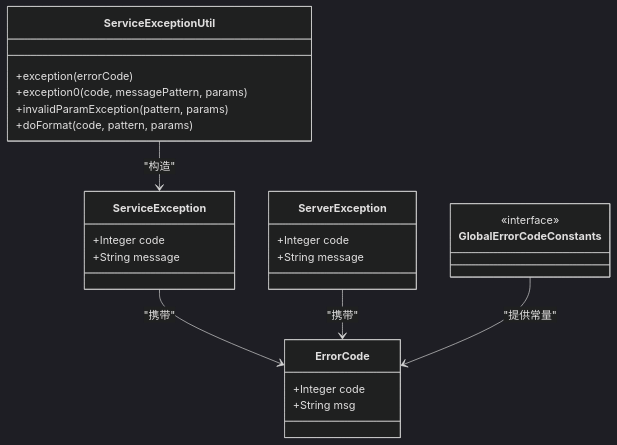
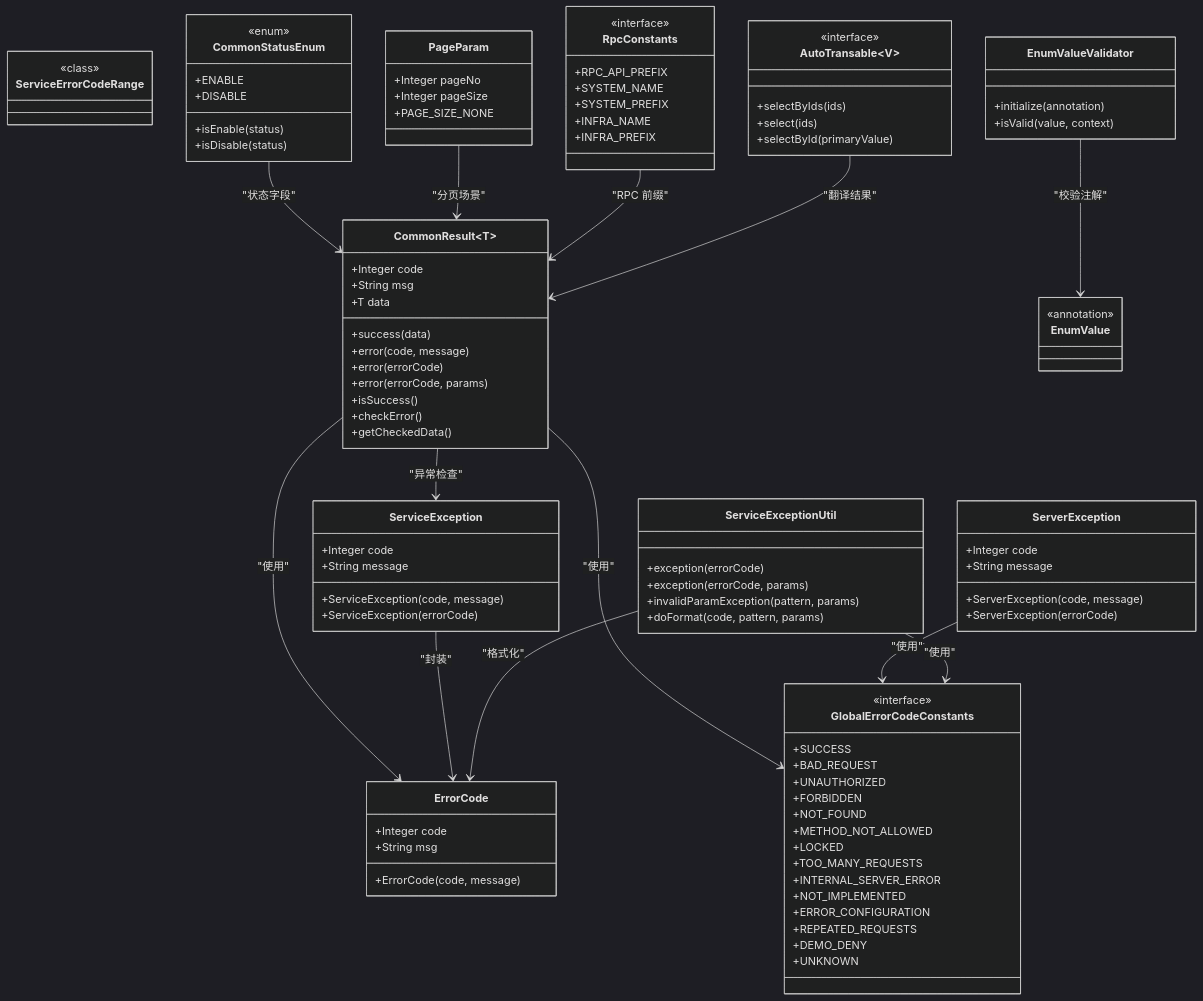
Before and after one commit to guanglei93/pandora-cloud: the second of 5 diagrams in .qoder/repowiki/zh/content/核心模块/核心模块.md, drawn with Mermaid (dark theme). The commit also changed other lines of this file and 110 other files, not shown here.

````diff
--- a/.qoder/repowiki/zh/content/核心模块/核心模块.md
+++ b/.qoder/repowiki/zh/content/核心模块/核心模块.md
@@ -174,26 +126,101 @@
 class ErrorCode {
 +Integer code
 +String msg
++ErrorCode(code, message)
 }
 class GlobalErrorCodeConstants {
 <<interface>>
++SUCCESS
++BAD_REQUEST
++UNAUTHORIZED
++FORBIDDEN
++NOT_FOUND
++METHOD_NOT_ALLOWED
++LOCKED
++TOO_MANY_REQUESTS
++INTERNAL_SERVER_ERROR
++NOT_IMPLEMENTED
++ERROR_CONFIGURATION
++REPEATED_REQUESTS
++DEMO_DENY
++UNKNOWN
+}
+class ServiceErrorCodeRange {
+<<class>>
 }
 class ServiceException {
 +Integer code
 +String message
++ServiceException(code, message)
++ServiceException(errorCode)
 }
 class ServerException {
 +Integer code
 +String message
++ServerException(code, message)
++ServerException(errorCode)
 }
 class ServiceExceptionUtil {
 +exception(errorCode)
-+exception0(code, messagePattern, params)
++exception(errorCode, params)
 +invalidParamException(pattern, params)
 +doFormat(code, pattern, params)
 }
-ServiceException --> ErrorCode : "携带"
-ServerException --> ErrorCode : "携带"
-ServiceExceptionUtil --> ServiceException : "构造"
-GlobalErrorCodeConstants --> ErrorCode : "提供常量"
+class CommonResult~T~ {
++Integer code
++String msg
++T data
++success(data)
++error(code, message)
++error(errorCode)
++error(errorCode, params)
++isSuccess()
++checkError()
++getCheckedData()
+}
+class CommonStatusEnum {
+<<enum>>
++ENABLE
++DISABLE
++isEnable(status)
++isDisable(status)
+}
+class PageParam {
++Integer pageNo
++Integer pageSize
++PAGE_SIZE_NONE
+}
+class EnumValue {
+<<annotation>>
+}
+class EnumValueValidator {
++initialize(annotation)
++isValid(value, context)
+}
+class RpcConstants {
+<<interface>>
++RPC_API_PREFIX
++SYSTEM_NAME
++SYSTEM_PREFIX
++INFRA_NAME
++INFRA_PREFIX
+}
+class AutoTransable~V~ {
+<<interface>>
++selectByIds(ids)
++select(ids)
++selectById(primaryValue)
+}
+CommonResult --> ErrorCode : "使用"
+CommonResult --> GlobalErrorCodeConstants : "使用"
+CommonResult --> ServiceException : "异常检查"
+ServiceException --> ErrorCode : "封装"
+ServerException --> GlobalErrorCodeConstants : "使用"
+ServiceExceptionUtil --> ErrorCode : "格式化"
+ServiceExceptionUtil --> GlobalErrorCodeConstants : "使用"
+CommonStatusEnum --> CommonResult : "状态字段"
+PageParam --> CommonResult : "分页场景"
+EnumValueValidator --> EnumValue : "校验注解"
+RpcConstants --> CommonResult : "RPC 前缀"
+AutoTransable --> CommonResult : "翻译结果"
 ```
````
